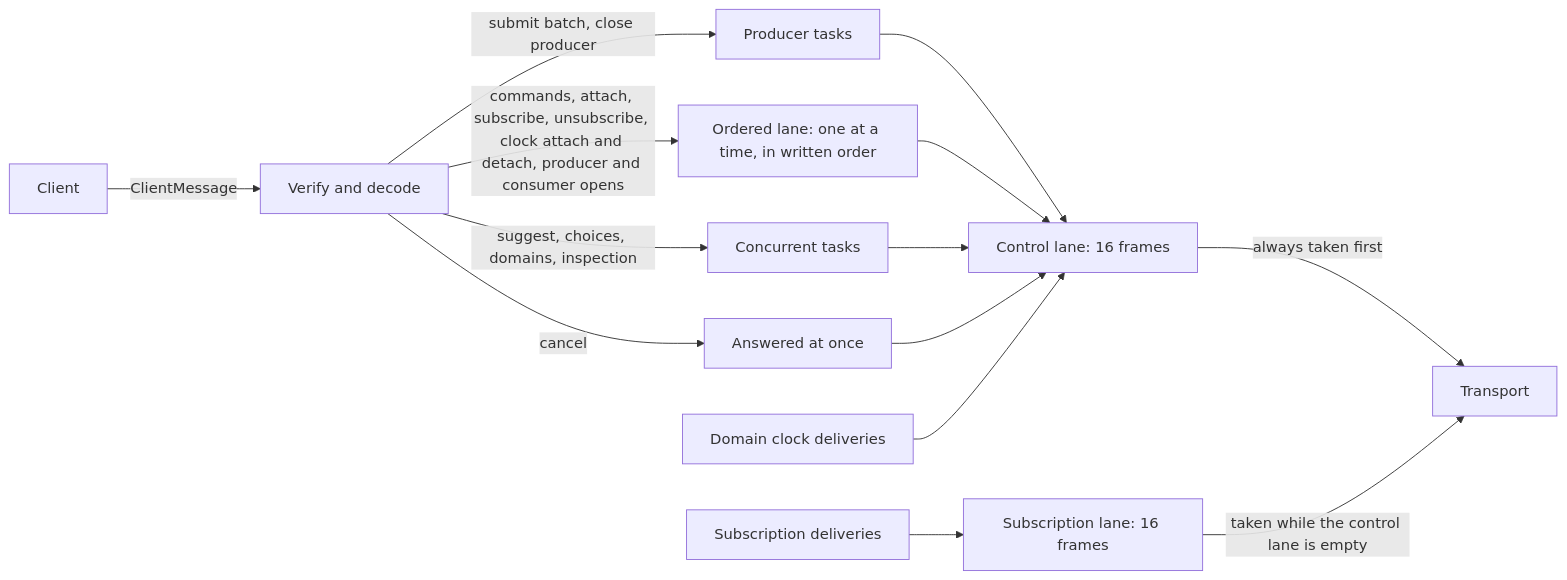
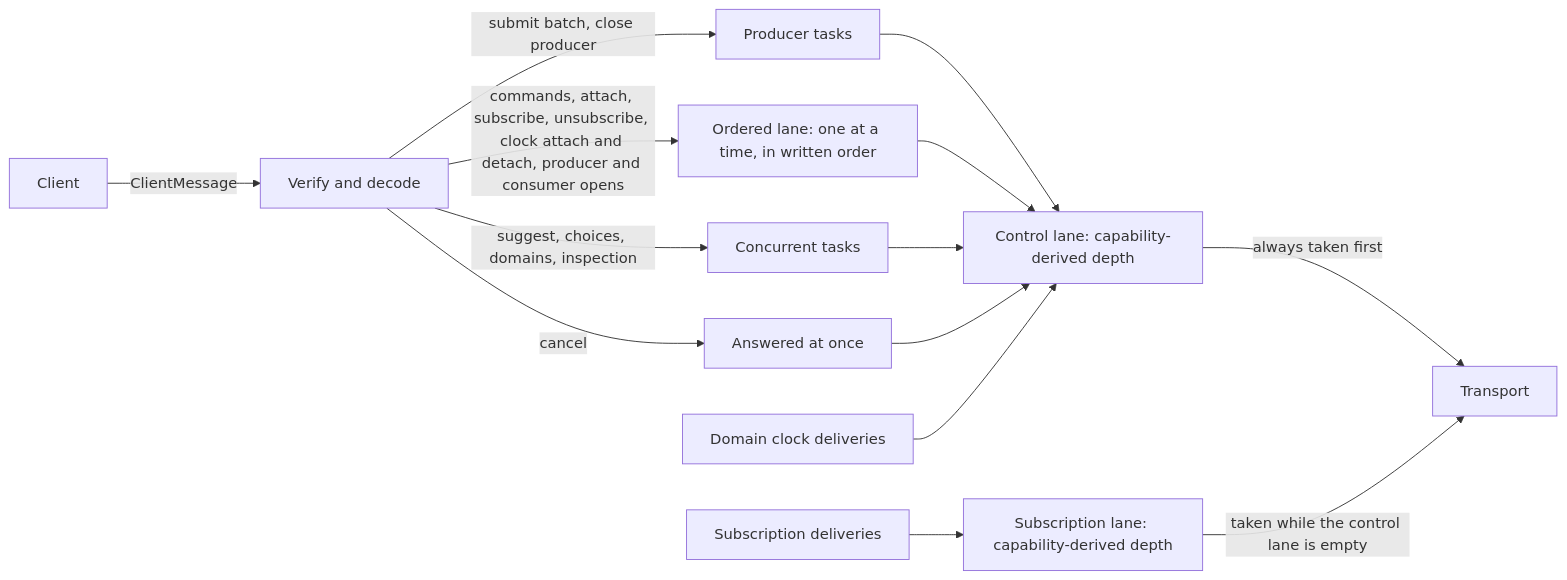
The first of 7 diagrams in docs/src/client-session-protocol.md (nervix-io/nervix), drawn with Mermaid before and after one commit. The commit also changed other lines of this file and 211 other files, not shown here.

````diff
--- a/docs/src/client-session-protocol.md
+++ b/docs/src/client-session-protocol.md
@@ -556,16 +596,16 @@
 ```mermaid
 flowchart LR
     Client -- ClientMessage --> Decode[Verify and decode]
     Decode -- commands, attach, subscribe, unsubscribe, clock attach and detach, producer and consumer opens --> Ordered[Ordered lane: one at a time, in written order]
     Decode -- suggest, choices, domains, inspection --> Concurrent[Concurrent tasks]
     Decode -- cancel --> Cancel[Answered at once]
     Decode -- submit batch, close producer --> Pumps[Producer tasks]
     Pumps --> Control
-    Ordered --> Control[Control lane: 16 frames]
+    Ordered --> Control[Control lane: capability-derived depth]
     Concurrent --> Control
     Cancel --> Control
     Clocks[Domain clock deliveries] --> Control
-    Deliveries[Subscription deliveries] --> Rows[Subscription lane: 16 frames]
+    Deliveries[Subscription deliveries] --> Rows[Subscription lane: capability-derived depth]
     Control -- always taken first --> Transport
     Rows -- taken while the control lane is empty --> Transport
 ```
````
